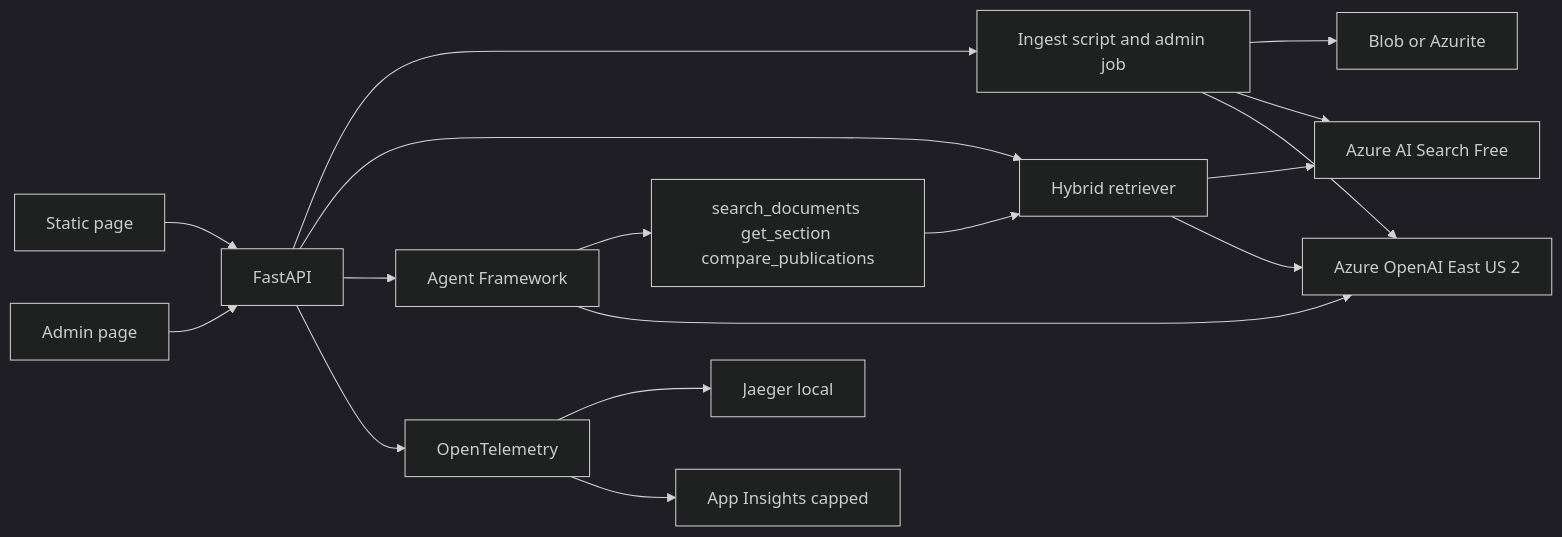
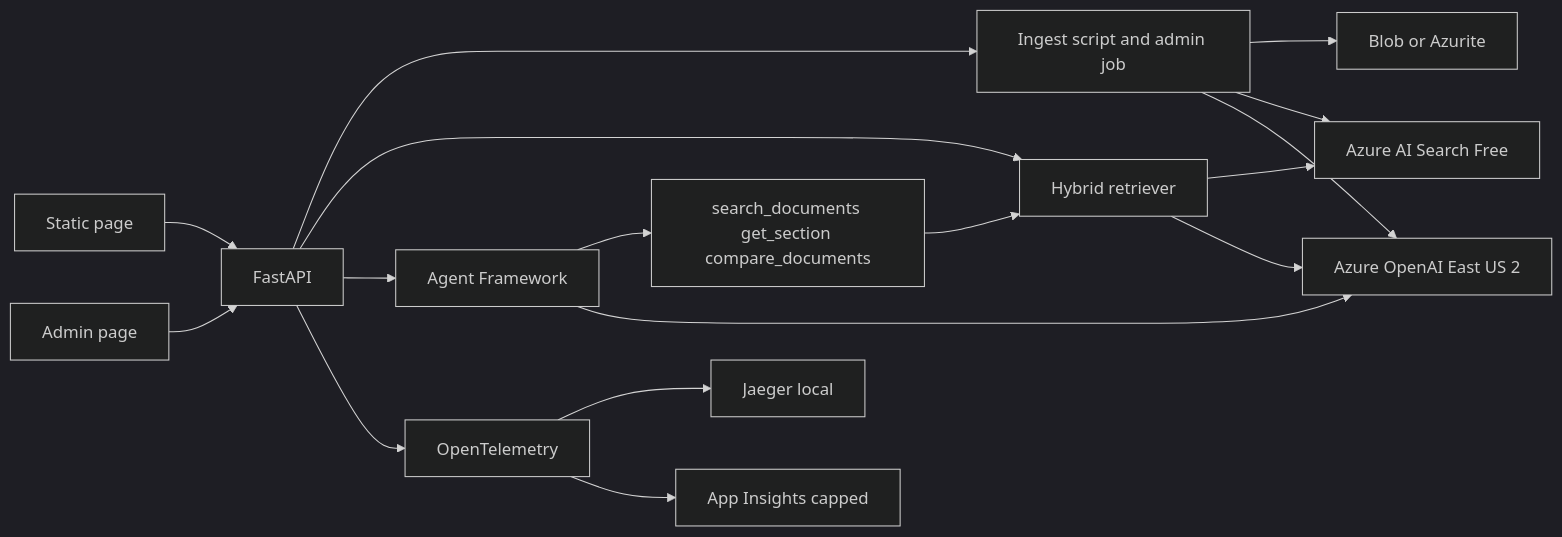
One commit to henrique-meyer/docpilot changed the diagram in docs/architecture.md. Above: the diagram before and after it, drawn with Mermaid (dark theme). The commit also changed other lines of this file and 1 other file, not shown here.

First line of the commit message:
DOCPILOT-3 Align the architecture and plan with a document-agnostic corpus.

````diff
--- a/docs/architecture.md
+++ b/docs/architecture.md
@@ -15,19 +15,19 @@
 ```mermaid
 flowchart LR
   browser[Static page] --> api[FastAPI]
   admin[Admin page] --> api
   api --> ingest[Ingest script and admin job]
   api --> rag[Hybrid retriever]
   api --> agent[Agent Framework]
-  agent --> tools[search_documents get_section compare_publications]
+  agent --> tools[search_documents get_section compare_documents]
   tools --> rag
   rag --> search[Azure AI Search Free]
   rag --> aoai[Azure OpenAI East US 2]
   agent --> aoai
   ingest --> blob[Blob or Azurite]
   ingest --> search
   ingest --> aoai
   api --> otel[OpenTelemetry]
   otel --> jaeger[Jaeger local]
   otel --> appins[App Insights capped]
 ```
````
